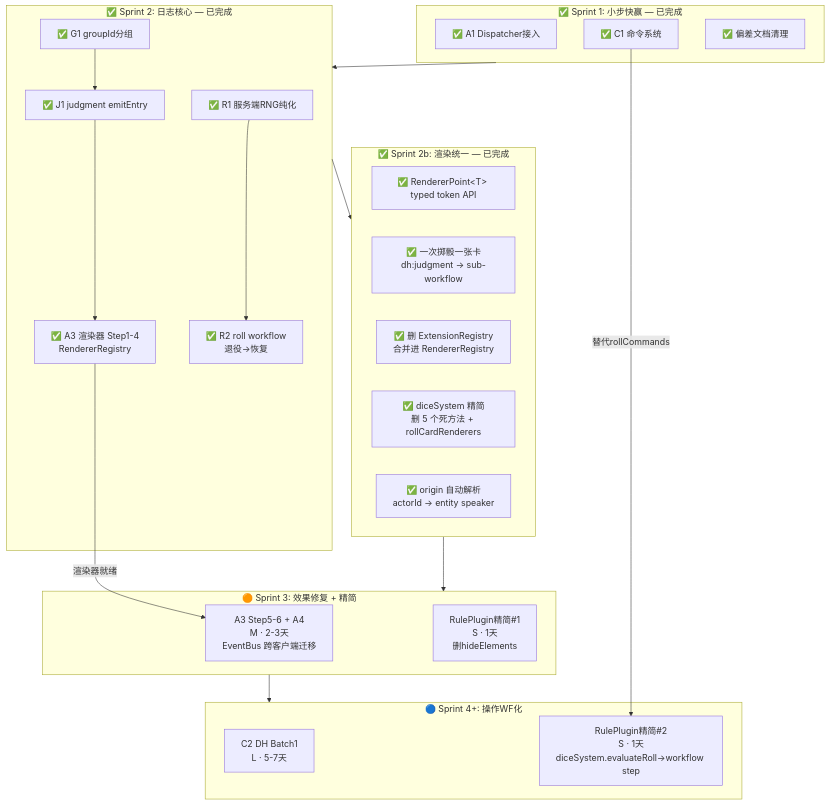
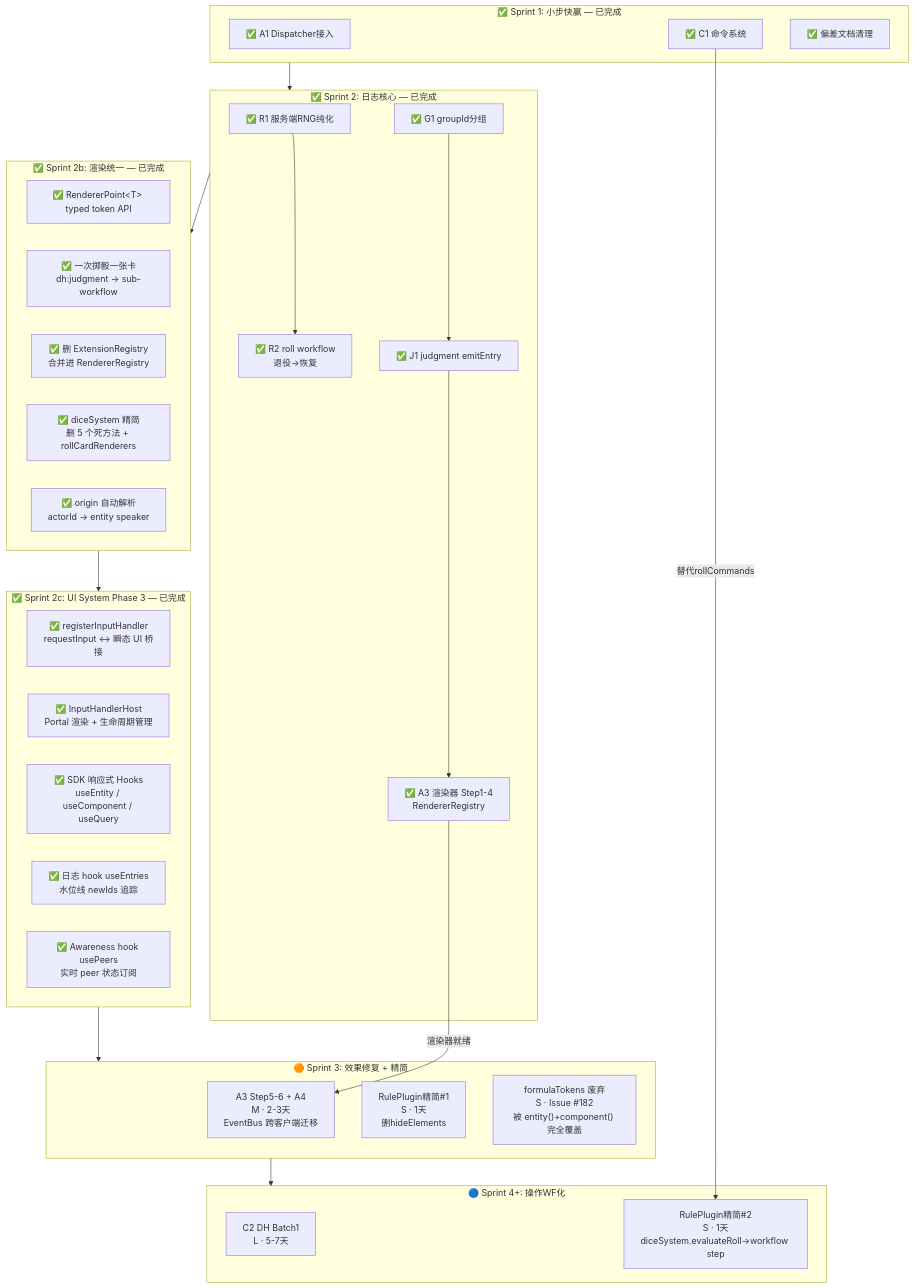
Before and after one commit to RidRisR/myVTT: diagram 15 of 18 in docs/design/17-插件系统演进路线.md, drawn with Mermaid. The commit also changed other lines of this file and 2 other files, not shown here.

First line of the commit message:
docs: update roadmap for Phase 3 completion and layer orchestration plan (#183)

````diff
--- a/docs/design/17-插件系统演进路线.md
+++ b/docs/design/17-插件系统演进路线.md
@@ -579,42 +585,51 @@
 ```mermaid
 graph TD
     subgraph Sprint1["✅ Sprint 1: 小步快赢 — 已完成"]
         A1s["✅ A1 Dispatcher接入"]
         C1s["✅ C1 命令系统"]
         DOCs["✅ 偏差文档清理"]
     end
 
     subgraph Sprint2["✅ Sprint 2: 日志核心 — 已完成"]
         R1s["✅ R1 服务端RNG纯化"]
         G1s["✅ G1 groupId分组"]
         R2s["✅ R2 roll workflow<br/>退役→恢复"]
         J1s["✅ J1 judgment emitEntry"]
         A3as["✅ A3 渲染器 Step1-4<br/>RendererRegistry"]
     end
 
     subgraph Sprint2b["✅ Sprint 2b: 渲染统一 — 已完成"]
         RU1["✅ RendererPoint&lt;T&gt; typed token API"]
         RU2["✅ 一次掷骰一张卡<br/>dh:judgment → sub-workflow"]
         RU3["✅ 删 ExtensionRegistry<br/>合并进 RendererRegistry"]
         RU4["✅ diceSystem 精简<br/>删 5 个死方法 + rollCardRenderers"]
         RU5["✅ origin 自动解析<br/>actorId → entity speaker"]
     end
 
+    subgraph Sprint2c["✅ Sprint 2c: UI System Phase 3 — 已完成"]
+        IH1["✅ registerInputHandler<br/>requestInput ↔ 瞬态 UI 桥接"]
+        IH2["✅ InputHandlerHost<br/>Portal 渲染 + 生命周期管理"]
+        RH1["✅ SDK 响应式 Hooks<br/>useEntity / useComponent / useQuery"]
+        RH2["✅ 日志 hook useEntries<br/>水位线 newIds 追踪"]
+        RH3["✅ Awareness hook usePeers<br/>实时 peer 状态订阅"]
+    end
+
     subgraph Sprint3["🟠 Sprint 3: 效果修复 + 精简"]
         A3bs["A3 Step5-6 + A4<br/>M · 2-3天<br/>EventBus 跨客户端迁移"]
         RP1s["RulePlugin精简#1<br/>S · 1天<br/>删hideElements"]
+        FT1["formulaTokens 废弃<br/>S · Issue #182<br/>被 entity()+component() 完全覆盖"]
     end
 
     subgraph Sprint4["🔵 Sprint 4+: 操作WF化"]
         C2s["C2 DH Batch1<br/>L · 5-7天"]
         RP2s["RulePlugin精简#2<br/>S · 1天<br/>diceSystem.evaluateRoll→workflow step"]
     end
 
-    Sprint1 --> Sprint2 --> Sprint2b --> Sprint3 --> Sprint4
+    Sprint1 --> Sprint2 --> Sprint2b --> Sprint2c --> Sprint3 --> Sprint4
 
     R1s --> R2s
     G1s --> J1s
     J1s --> A3as
     A3as -->|"渲染器就绪"| A3bs
     C1s -->|"替代rollCommands"| RP2s
 ```
````
